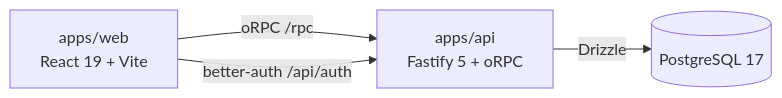
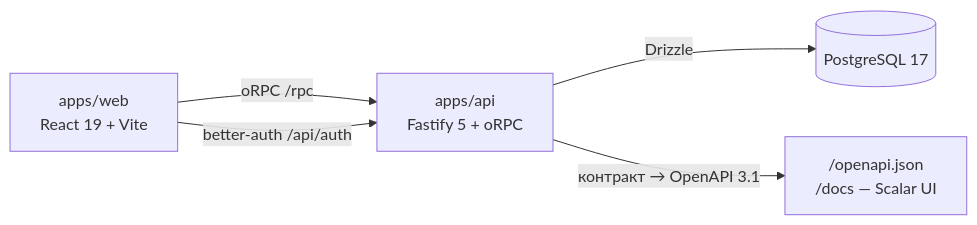
The diagram in README.md (ramach05/Beautiful-todoApp), drawn with Mermaid before and after one commit. The commit also changed other lines of this file, not shown here.

````diff
--- a/README.md
+++ b/README.md
@@ -33,6 +38,7 @@
 ```mermaid
 flowchart LR
   web[apps/web<br/>React 19 + Vite] -- oRPC /rpc --> api[apps/api<br/>Fastify 5 + oRPC]
   web -- better-auth /api/auth --> api
   api -- Drizzle --> pg[(PostgreSQL 17)]
+  api -->|"контракт → OpenAPI 3.1"| docs["/openapi.json<br/>/docs — Scalar UI"]
 ```
````
